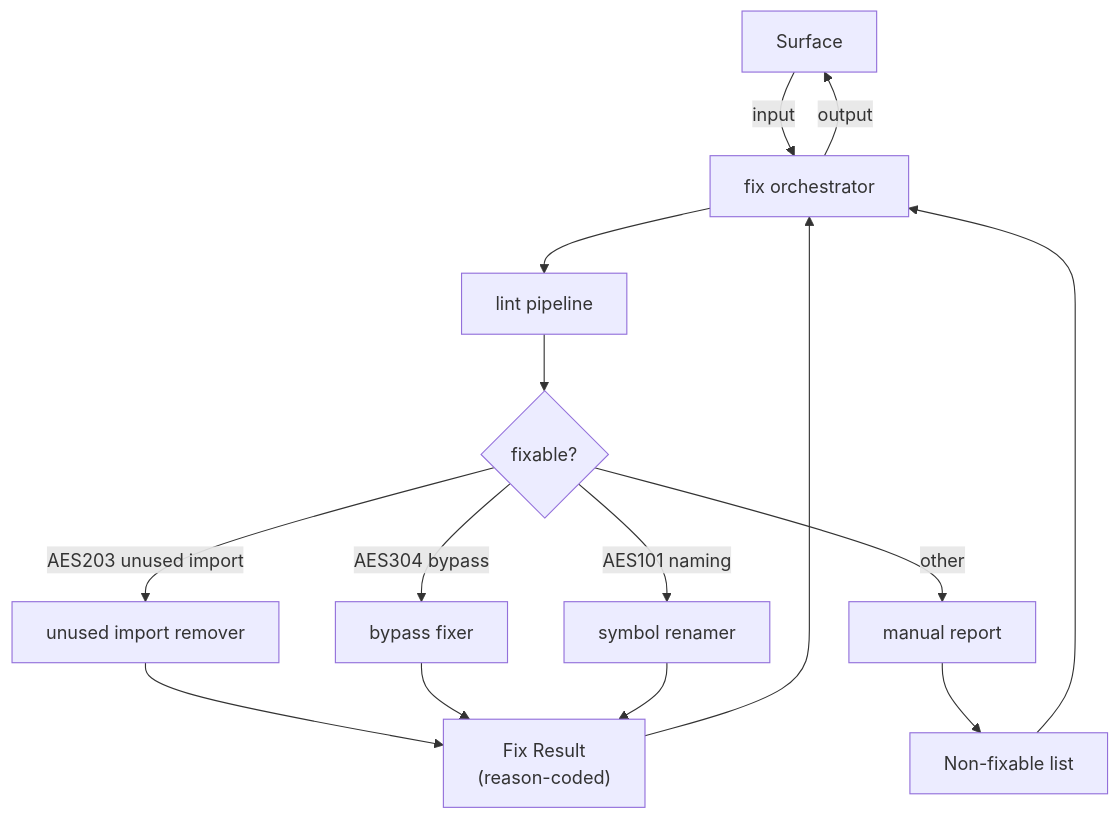
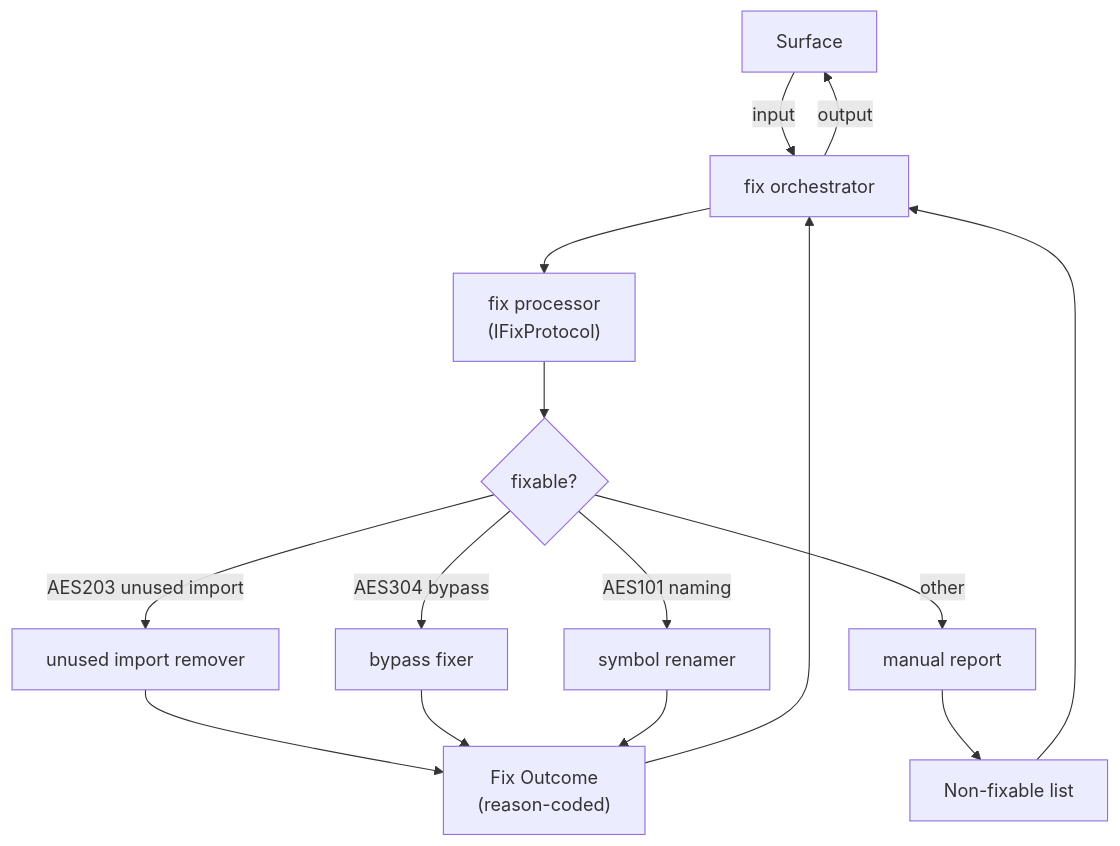
Before and after one commit to rakaarwaky/lint-arwaky: the diagram in crates/auto-fix/FRD.md, drawn with Mermaid. The commit also changed other lines of this file and 60 other files, not shown here.

First line of the commit message:
feat(graph-loop): Implement state manager and trigger scanner for pipeline orchestration

````diff
--- a/crates/auto-fix/FRD.md
+++ b/crates/auto-fix/FRD.md
@@ -32,21 +23,20 @@
 ```mermaid
 flowchart TD
     A["Surface"] -->|input| B["fix orchestrator"]
-    B --> C["lint pipeline"]
+    B --> C["fix processor\n(IFixProtocol)"]
     C --> D{"fixable?"}
 
     D -->|"AES203 unused import"| E["unused import remover"]
     D -->|"AES304 bypass"| F["bypass fixer"]
     D -->|"AES101 naming"| G["symbol renamer"]
     D -->|"other"| H["manual report"]
 
-    E --> I["Fix Result\n(reason-coded)"]
+    E --> I["Fix Outcome\n(reason-coded)"]
     F --> I
     G --> I
     H --> J["Non-fixable list"]
 
     I --> B
     J --> B
     B -->|output| A
-
 ```
````
